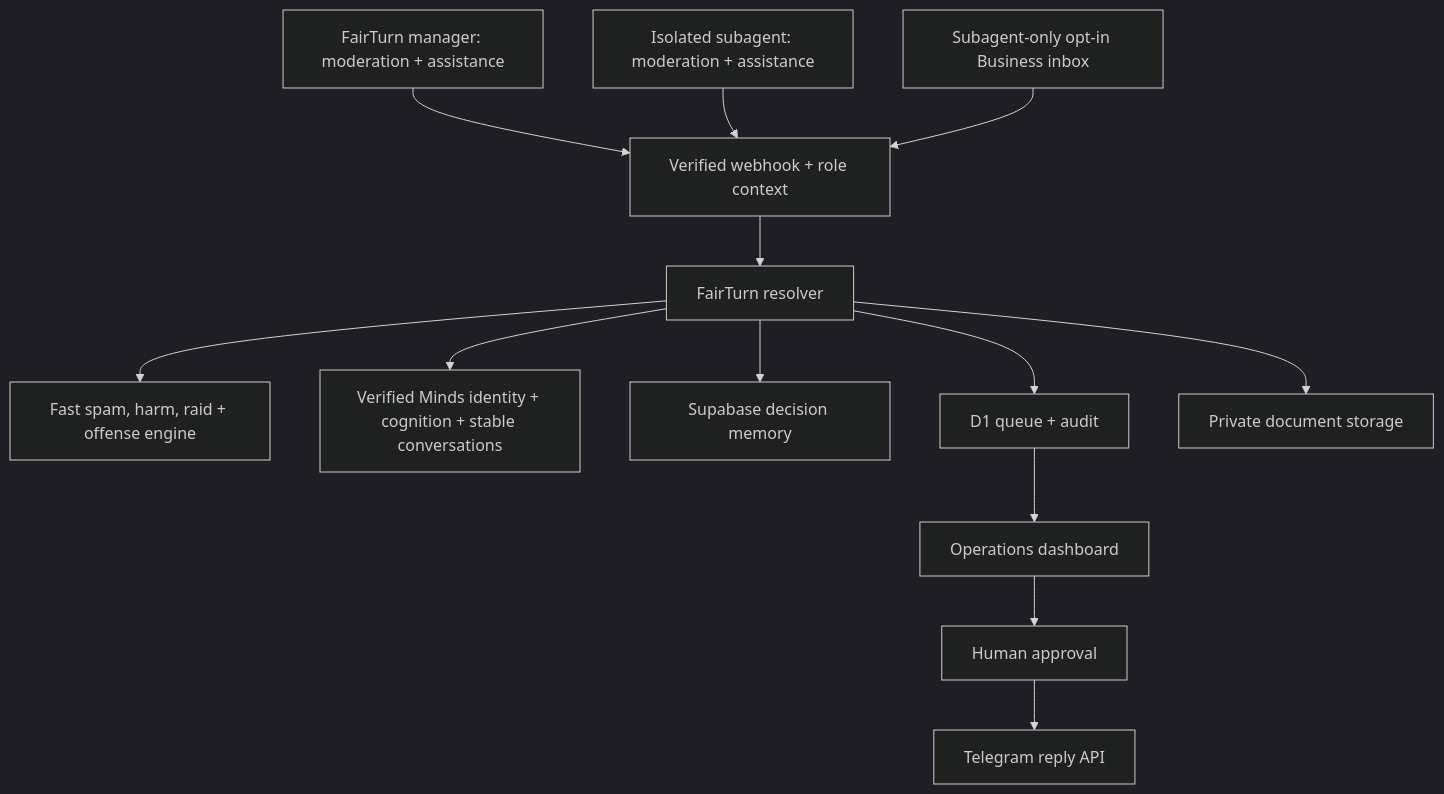
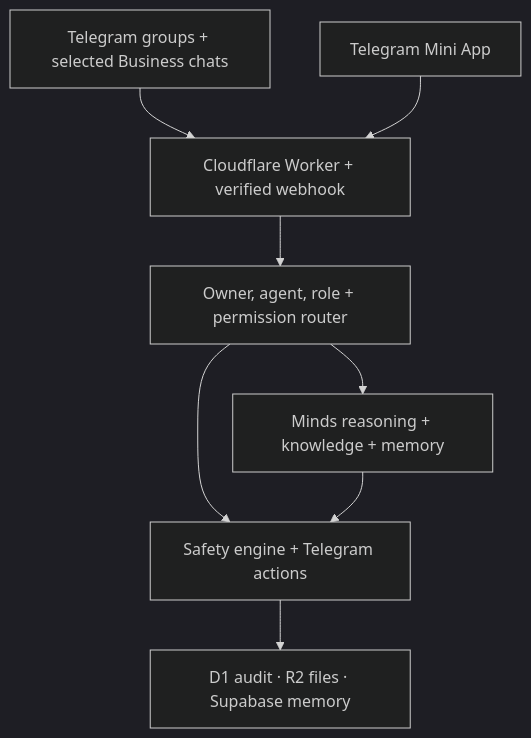
The diagram in README.md (ahmardchain/fairturn), drawn with Mermaid (dark theme) before and after one commit. The commit also changed other lines of this file, not shown here.

Commit message:
docs: refresh FairTurn README for public release

````diff
--- a/README.md
+++ b/README.md
@@ -261,15 +175,10 @@
 ```mermaid
 flowchart TD
-    FM["FairTurn manager: moderation + assistance"] --> WH["Verified webhook + role context"]
-    SA["Isolated subagent: moderation + assistance"] --> WH
-    TB["Subagent-only opt-in Business inbox"] --> WH
-    WH --> FT["FairTurn resolver"]
-    FT --> SF["Fast spam, harm, raid + offense engine"]
-    FT --> HM["Verified Minds identity + cognition + stable conversations"]
-    FT --> SM["Supabase decision memory"]
-    FT --> DB["D1 queue + audit"]
-    FT --> R2["Private document storage"]
-    DB --> UI["Operations dashboard"]
-    UI --> HA["Human approval"]
-    HA --> TR["Telegram reply API"]
+    TG["Telegram groups + selected Business chats"] --> WH["Cloudflare Worker + verified webhook"]
+    UI["Telegram Mini App"] --> WH
+    WH --> RP["Owner, agent, role + permission router"]
+    RP --> MI["Minds reasoning + knowledge + memory"]
+    RP --> SE["Safety engine + Telegram actions"]
+    MI --> SE
+    SE --> DS["D1 audit · R2 files · Supabase memory"]
 ```
````
